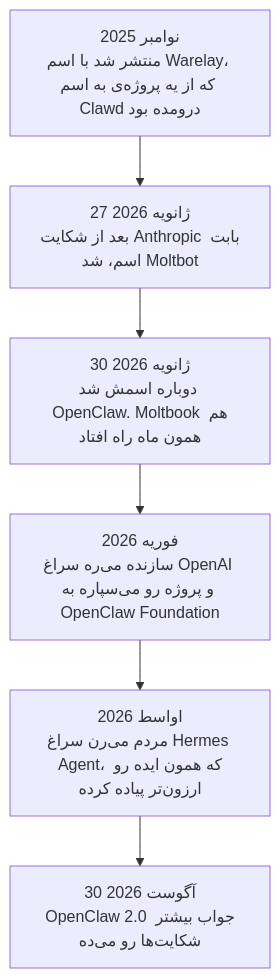
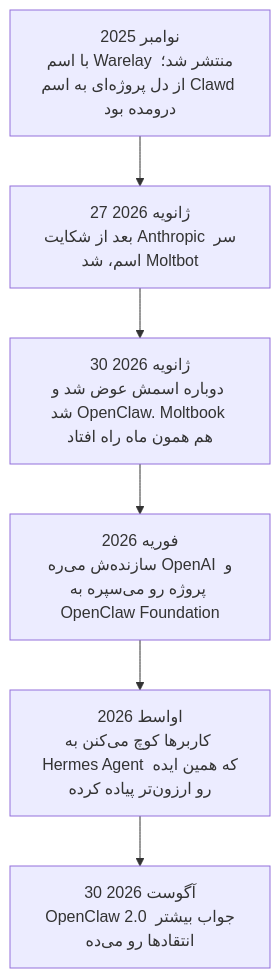
One commit to lokumai/ai-engineering-bazaar changed the first of 2 diagrams in mini-courses/2_intermediate/personal_agents_fa.md. Above: the diagram before and after it, drawn with Mermaid. The commit also changed other lines of this file and 82 other files, not shown here.

````diff
--- a/mini-courses/2_intermediate/personal_agents_fa.md
+++ b/mini-courses/2_intermediate/personal_agents_fa.md
@@ -22,10 +22,10 @@
 ```mermaid
 graph TD
-    A["نوامبر 2025<br/>منتشر شد با اسم Warelay، که از یه پروژه‌ی به اسم Clawd درومده بود"]
-    B["27 ژانویه 2026<br/>بعد از شکایت Anthropic بابت اسم، شد Moltbot"]
-    C["30 ژانویه 2026<br/>دوباره اسمش شد OpenClaw. Moltbook هم همون ماه راه افتاد"]
-    D["فوریه 2026<br/>سازنده می‌ره سراغ OpenAI و پروژه رو می‌سپاره به OpenClaw Foundation"]
-    E["اواسط 2026<br/>مردم می‌رن سراغ Hermes Agent، که همون ایده رو ارزون‌تر پیاده کرده"]
-    F["30 آگوست 2026<br/>OpenClaw 2.0 جواب بیشتر شکایت‌ها رو می‌ده"]
+    A["نوامبر 2025<br/>با اسم Warelay منتشر شد؛ از دل پروژه‌ای به اسم Clawd درومده بود"]
+    B["27 ژانویه 2026<br/>بعد از شکایت Anthropic سر اسم، شد Moltbot"]
+    C["30 ژانویه 2026<br/>دوباره اسمش عوض شد و شد OpenClaw. Moltbook هم همون ماه راه افتاد"]
+    D["فوریه 2026<br/>سازنده‌ش می‌ره OpenAI و پروژه رو می‌سپره به OpenClaw Foundation"]
+    E["اواسط 2026<br/>کاربرها کوچ می‌کنن به Hermes Agent که همین ایده رو ارزون‌تر پیاده کرده"]
+    F["30 آگوست 2026<br/>OpenClaw 2.0 جواب بیشتر انتقادها رو می‌ده"]
     A --> B --> C --> D --> E --> F
 ```
````
